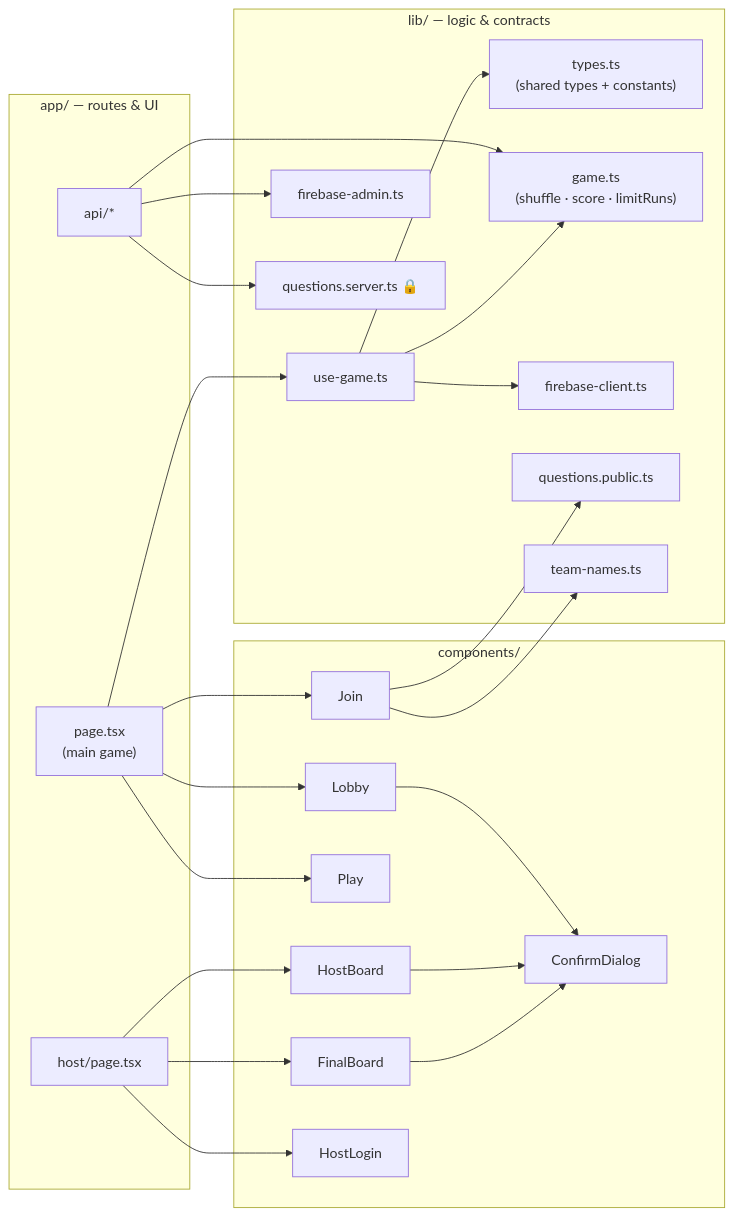
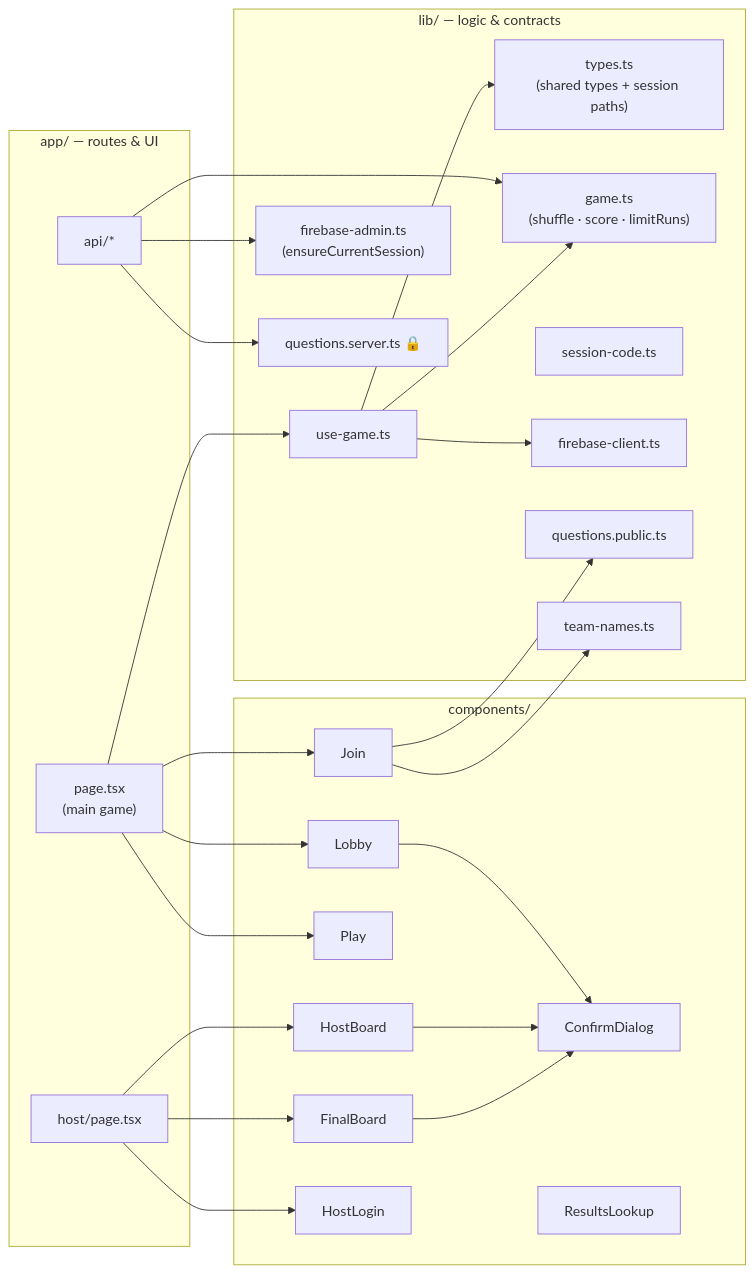
Before and after one commit to JusLarsen/spot-the-bot: the second of 3 diagrams in README.md, drawn with Mermaid. The commit also changed other lines of this file and 17 other files, not shown here.

````diff
--- a/README.md
+++ b/README.md
@@ -77,35 +82,37 @@
 ```mermaid
 graph LR
     subgraph app["app/ — routes & UI"]
         Page["page.tsx<br/>(main game)"]
         HostPage["host/page.tsx"]
         Api["api/*"]
     end
     subgraph components["components/"]
         Join["Join"]
         Lobby["Lobby"]
         Play["Play"]
         HostBoard["HostBoard"]
         FinalBoard["FinalBoard"]
         HostLogin["HostLogin"]
         Confirm["ConfirmDialog"]
+        Lookup["ResultsLookup"]
     end
     subgraph lib["lib/ — logic & contracts"]
-        Types["types.ts<br/>(shared types + constants)"]
+        Types["types.ts<br/>(shared types + session paths)"]
         Game["game.ts<br/>(shuffle · score · limitRuns)"]
+        Code["session-code.ts"]
         UseGame["use-game.ts"]
         FbClient["firebase-client.ts"]
-        FbAdmin["firebase-admin.ts"]
+        FbAdmin["firebase-admin.ts<br/>(ensureCurrentSession)"]
         QPub["questions.public.ts"]
         QSrv["questions.server.ts 🔒"]
         Names["team-names.ts"]
     end
 
     Page --> Join & Lobby & Play
     HostPage --> HostLogin & HostBoard & FinalBoard
     Lobby & HostBoard & FinalBoard --> Confirm
     Page --> UseGame --> FbClient
     Api --> FbAdmin & Game & QSrv
     UseGame --> Types & Game
     Join --> Names & QPub
 ```
````
